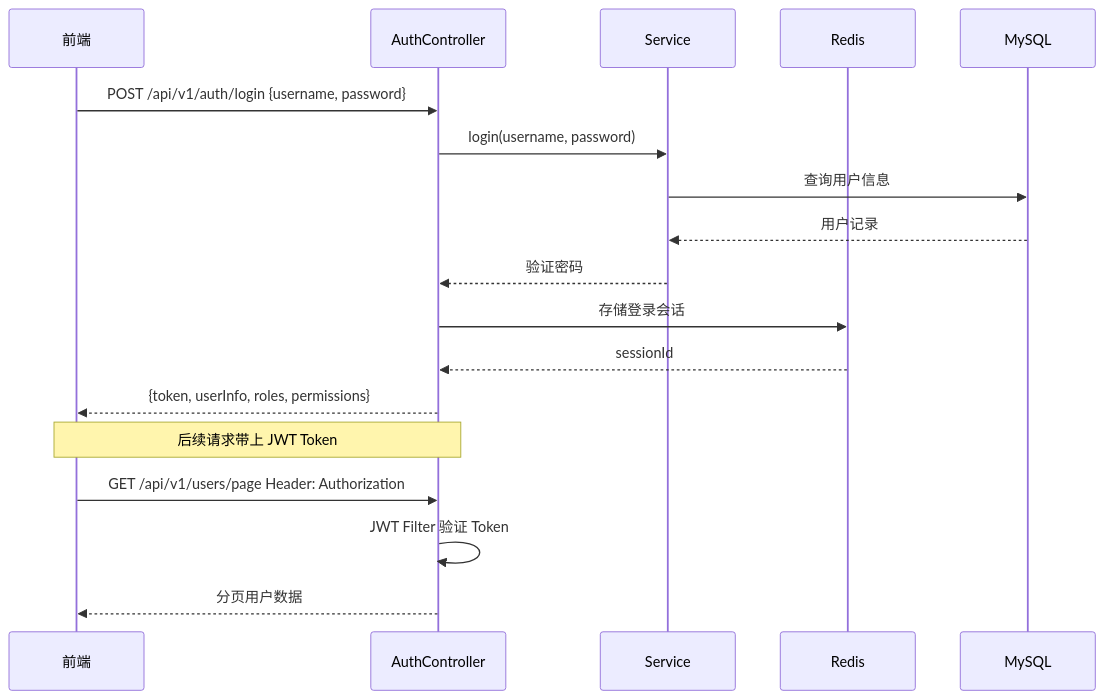
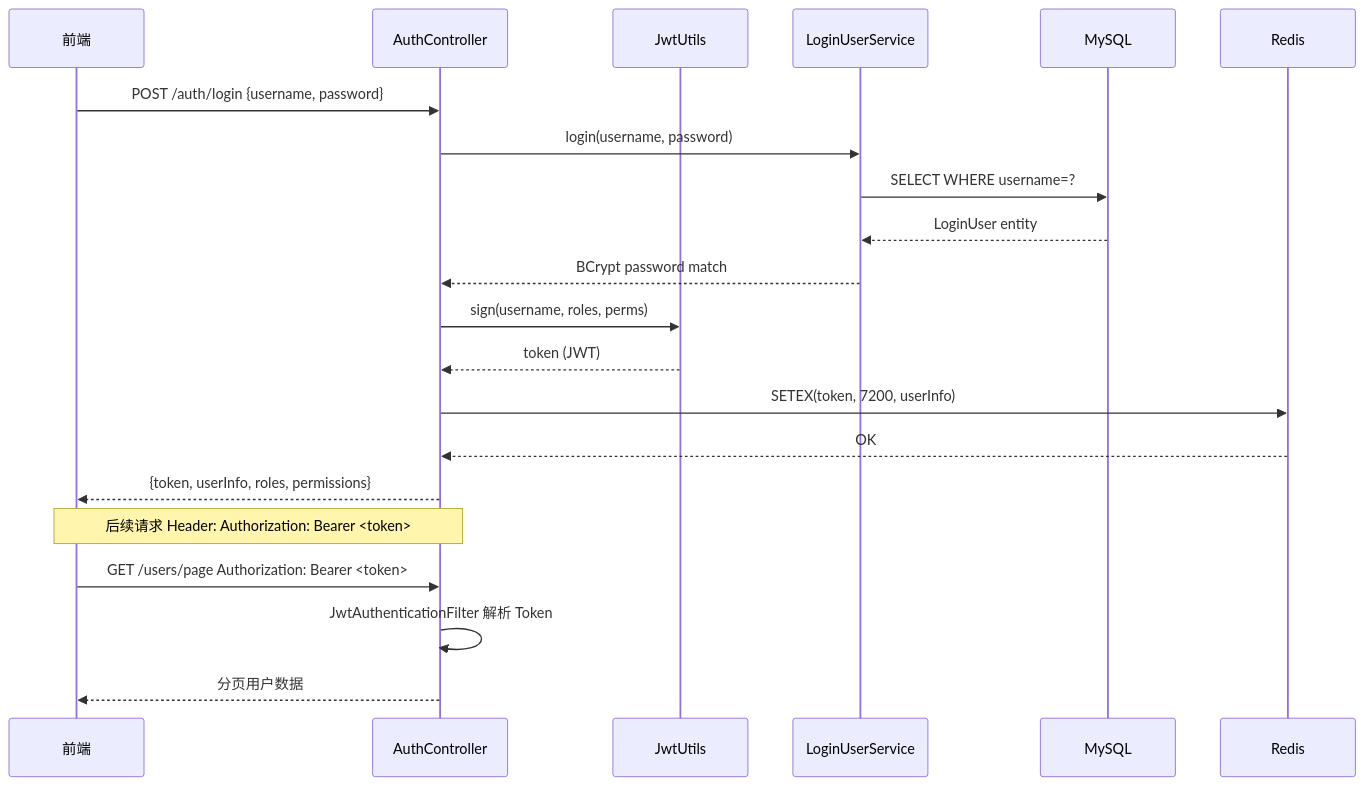
One commit to junwOpenSourceProjects/JOSP-SystemTempleJava changed the third of 4 diagrams in README.md. Above: the diagram before and after it, drawn with Mermaid. The commit also changed other lines of this file and 22 other files, not shown here.

````diff
--- a/README.md
+++ b/README.md
@@ -195,23 +409,26 @@
 ```mermaid
 sequenceDiagram
-    participant U as 前端
-    participant A as AuthController
-    participant S as Service
-    participant R as Redis
+    participant FE as 前端
+    participant AUTH as AuthController
+    participant JWT as JwtUtils
+    participant SVC as LoginUserService
     participant DB as MySQL
+    participant CACHE as Redis
 
-    U->>A: POST /api/v1/auth/login {username, password}
-    A->>S: login(username, password)
-    S->>DB: 查询用户信息
-    DB-->>S: 用户记录
-    S-->>A: 验证密码
-    A->>R: 存储登录会话
-    R-->>A: sessionId
-    A-->>U: {token, userInfo, roles, permissions}
+    FE->>AUTH: POST /auth/login {username, password}
+    AUTH->>SVC: login(username, password)
+    SVC->>DB: SELECT WHERE username=?
+    DB-->>SVC: LoginUser entity
+    SVC-->>AUTH: BCrypt password match
+    AUTH->>JWT: sign(username, roles, perms)
+    JWT-->>AUTH: token (JWT)
+    AUTH->>CACHE: SETEX(token, 7200, userInfo)
+    CACHE-->>AUTH: OK
+    AUTH-->>FE: {token, userInfo, roles, permissions}
 
-    Note over U,A: 后续请求带上 JWT Token
+    Note over FE,AUTH: 后续请求 Header: Authorization: Bearer <token>
 
-    U->>A: GET /api/v1/users/page Header: Authorization
-    A->>A: JWT Filter 验证 Token
-    A-->>U: 分页用户数据
+    FE->>AUTH: GET /users/page Authorization: Bearer <token>
+    AUTH->>AUTH: JwtAuthenticationFilter 解析 Token
+    AUTH-->>FE: 分页用户数据
 ```
````
